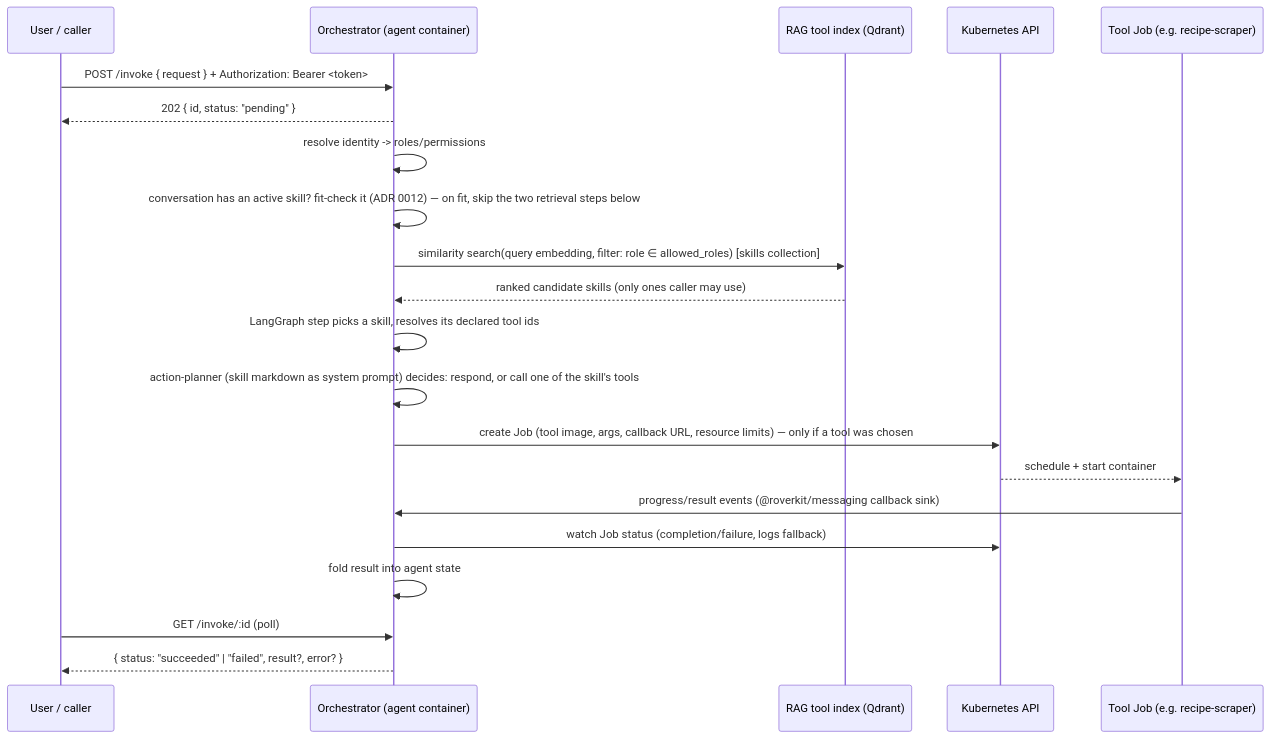
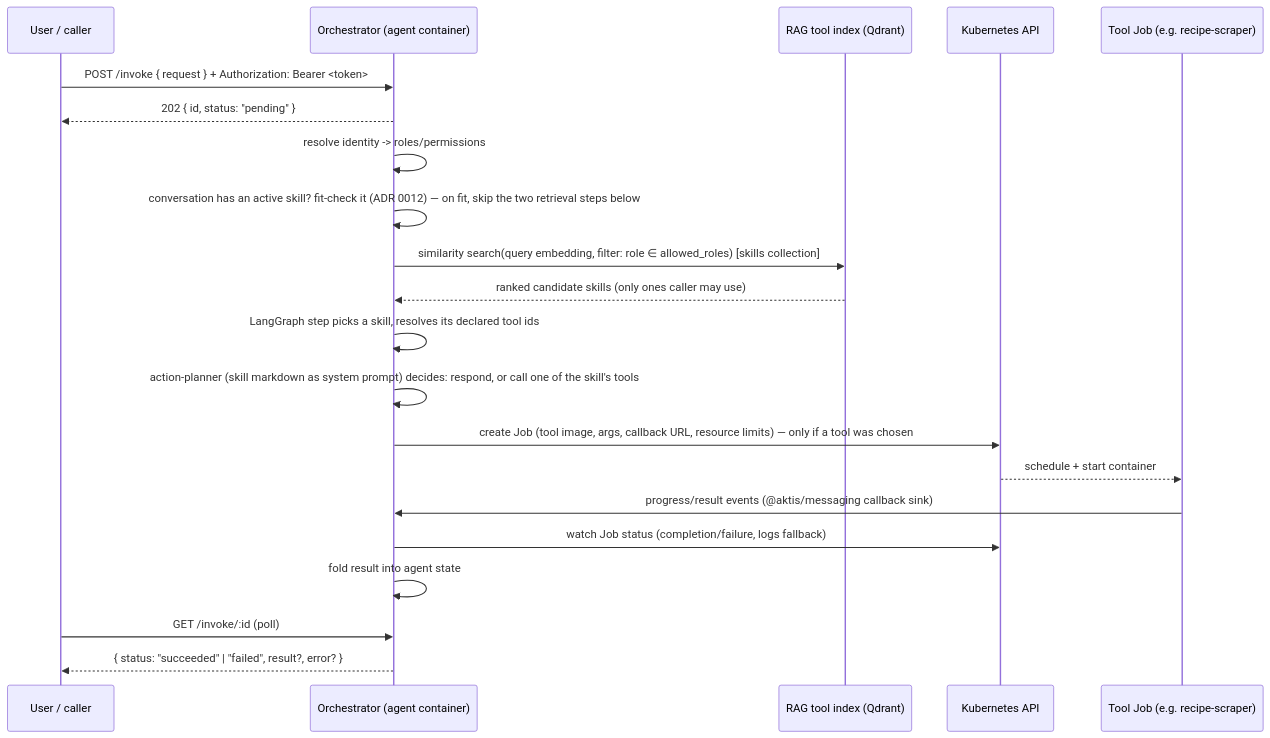
One commit to imaustink/agent-controller changed the diagram in docs/orchestrator.md. Above: the diagram before and after it, drawn with Mermaid. The commit also changed other lines of this file and 443 other files, not shown here.

First line of the commit message:
refactor: rename roverkit -> aktis (proto package, npm scope, Go modules, CRD API group)

````diff
--- a/docs/orchestrator.md
+++ b/docs/orchestrator.md
@@ -32,24 +32,24 @@
 ```mermaid
 sequenceDiagram
     participant U as User / caller
     participant O as Orchestrator (agent container)
     participant R as RAG tool index (Qdrant)
     participant K as Kubernetes API
     participant T as Tool Job (e.g. recipe-scraper)
 
     U->>O: POST /invoke { request } + Authorization: Bearer <token>
     O-->>U: 202 { id, status: "pending" }
     O->>O: resolve identity -> roles/permissions
     O->>O: conversation has an active skill? fit-check it (ADR 0012) — on fit, skip the two retrieval steps below
     O->>R: similarity search(query embedding, filter: role ∈ allowed_roles) [skills collection]
     R-->>O: ranked candidate skills (only ones caller may use)
     O->>O: LangGraph step picks a skill, resolves its declared tool ids
     O->>O: action-planner (skill markdown as system prompt) decides: respond, or call one of the skill's tools
     O->>K: create Job (tool image, args, callback URL, resource limits) — only if a tool was chosen
     K-->>T: schedule + start container
-    T->>O: progress/result events (@roverkit/messaging callback sink)
+    T->>O: progress/result events (@aktis/messaging callback sink)
     O->>K: watch Job status (completion/failure, logs fallback)
     O->>O: fold result into agent state
     U->>O: GET /invoke/:id (poll)
     O-->>U: { status: "succeeded" | "failed", result?, error? }
 ```
````
